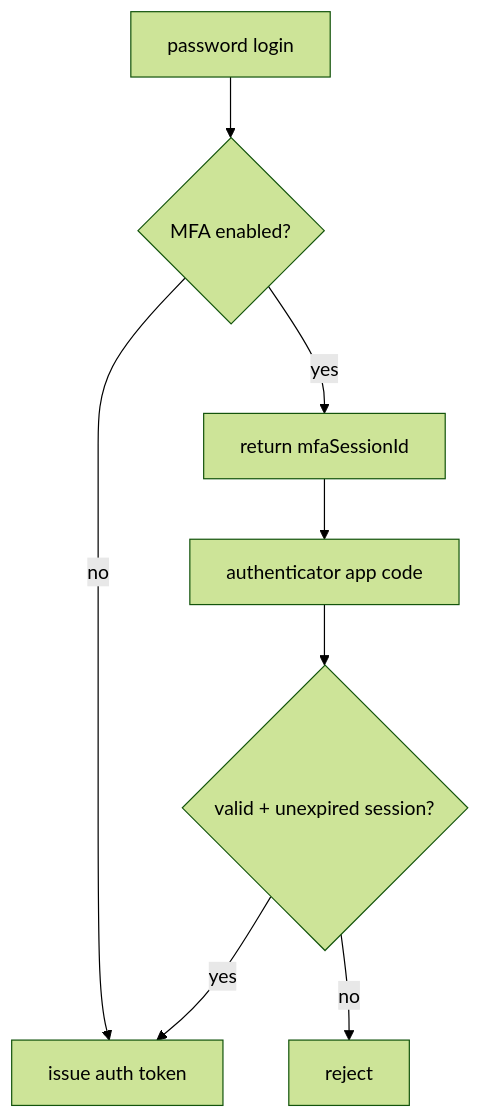
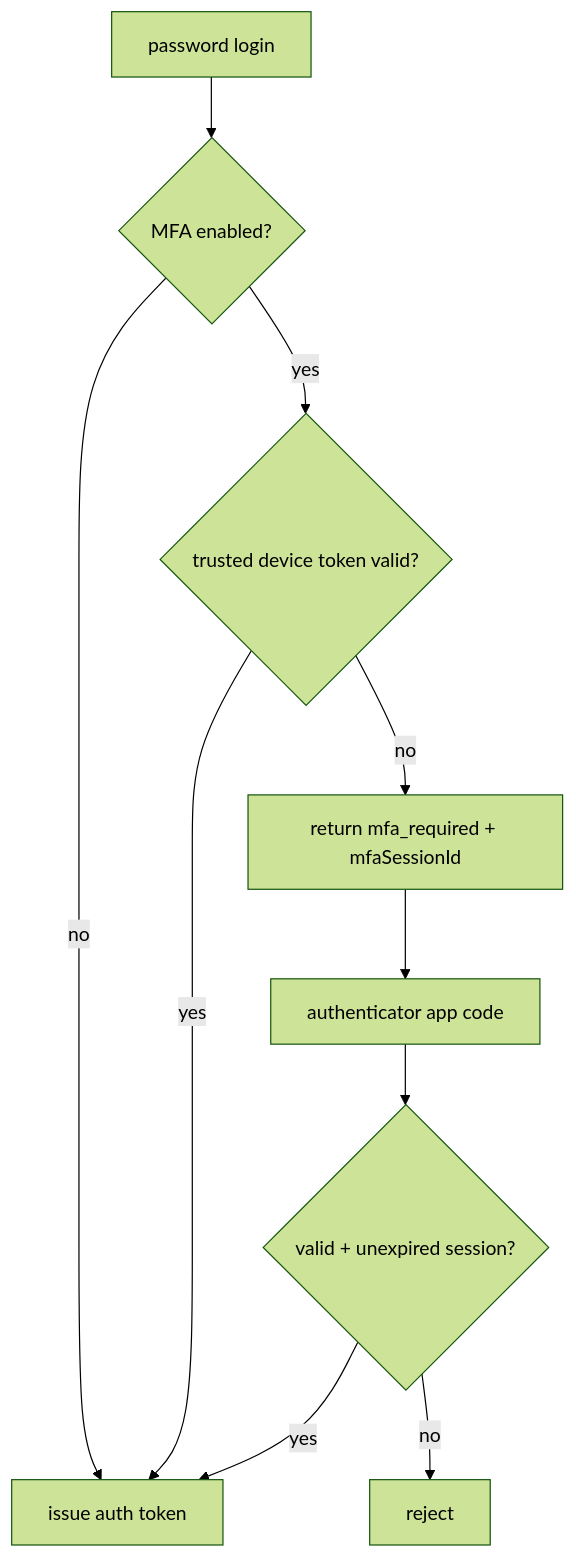
One commit to cognos-io/chat.cognos.io changed the diagram in docs/business_processes/mfa-login.md. Above: the diagram before and after it, drawn with Mermaid (forest theme). The commit also changed other lines of this file and 1 other file, not shown here.

Commit message:
docs: update mfa spec

````diff
--- a/docs/business_processes/mfa-login.md
+++ b/docs/business_processes/mfa-login.md
@@ -21,10 +23,12 @@
 ```mermaid
 flowchart TD
   A[password login] --> B{MFA enabled?}
   B -- no --> C[issue auth token]
-  B -- yes --> D[return mfaSessionId]
+  B -- yes --> T{trusted device token valid?}
+  T -- yes --> C
+  T -- no --> D[return mfa_required + mfaSessionId]
   D --> E[authenticator app code]
   E --> F{valid + unexpired session?}
   F -- yes --> C
   F -- no --> G[reject]
 ```
````
